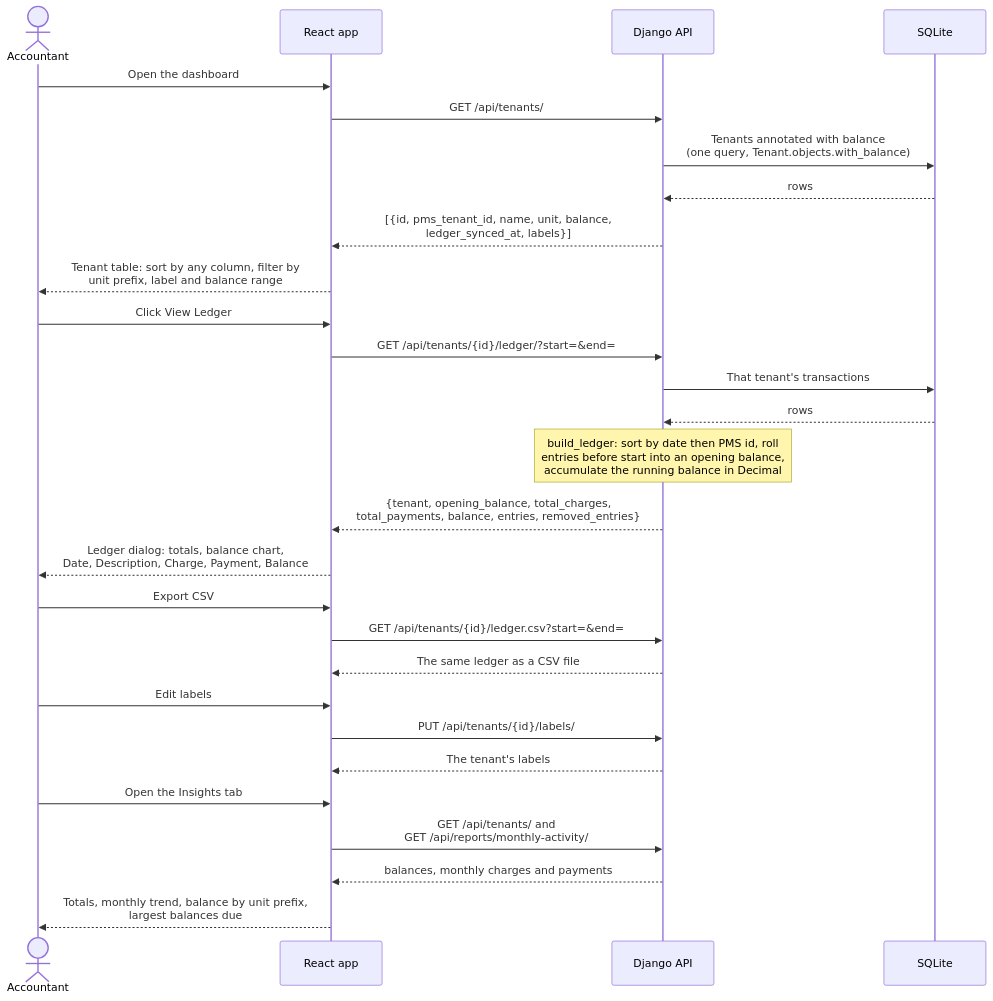
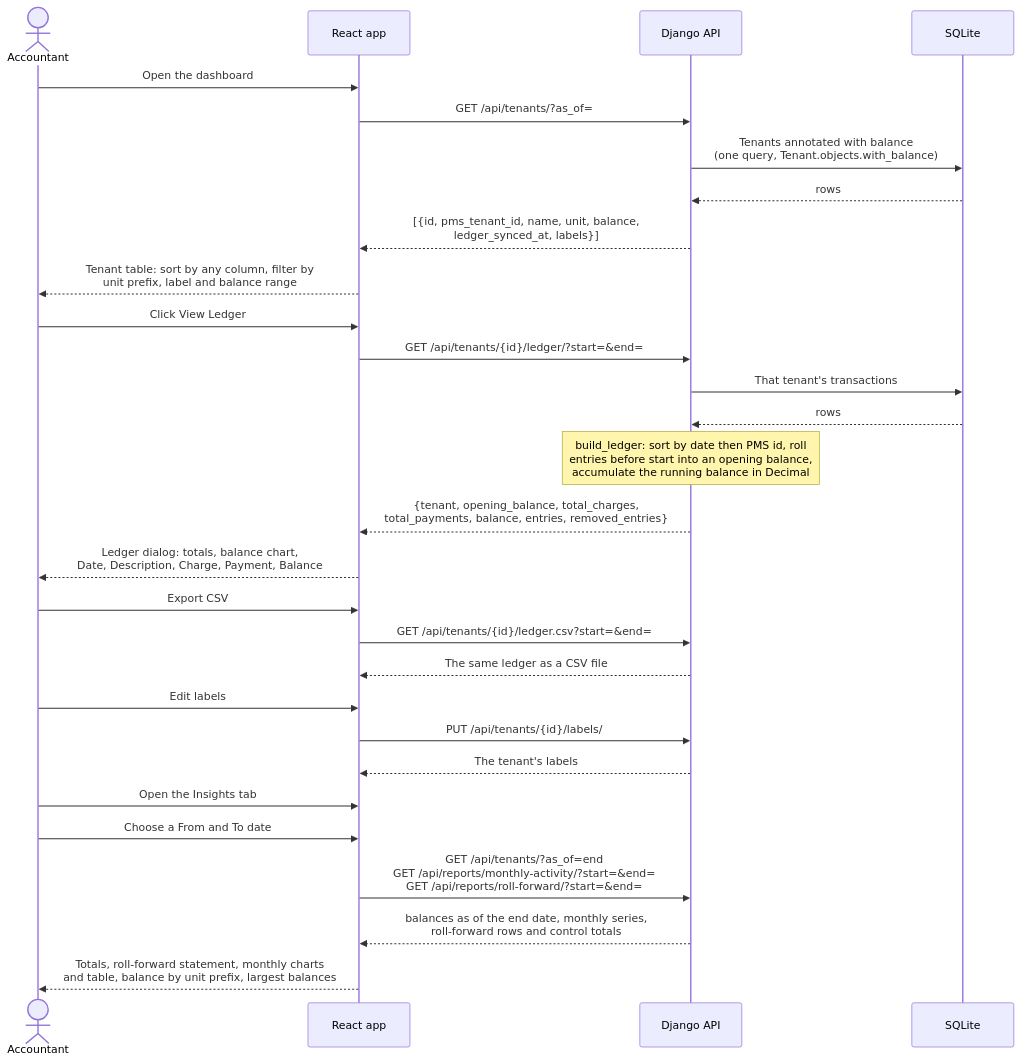
The second of 3 diagrams in docs/flow.md (codybanksdev/rentable-code-challenge), drawn with Mermaid before and after one commit. The commit also changed other lines of this file and 22 other files, not shown here.

First line of the commit message:
Add the roll-forward statement, as-of balances and a date range on Insights

````diff
--- a/docs/flow.md
+++ b/docs/flow.md
@@ -50,35 +48,36 @@
 ```mermaid
 sequenceDiagram
     actor U as Accountant
     participant R as React app
     participant D as Django API
     participant DB as SQLite
 
     U->>R: Open the dashboard
-    R->>D: GET /api/tenants/
+    R->>D: GET /api/tenants/?as_of=
     D->>DB: Tenants annotated with balance<br/>(one query, Tenant.objects.with_balance)
     DB-->>D: rows
     D-->>R: [{id, pms_tenant_id, name, unit, balance,<br/>ledger_synced_at, labels}]
     R-->>U: Tenant table: sort by any column, filter by<br/>unit prefix, label and balance range
 
     U->>R: Click View Ledger
     R->>D: GET /api/tenants/{id}/ledger/?start=&end=
     D->>DB: That tenant's transactions
     DB-->>D: rows
     Note over D: build_ledger: sort by date then PMS id, roll<br/>entries before start into an opening balance,<br/>accumulate the running balance in Decimal
     D-->>R: {tenant, opening_balance, total_charges,<br/>total_payments, balance, entries, removed_entries}
     R-->>U: Ledger dialog: totals, balance chart,<br/>Date, Description, Charge, Payment, Balance
 
     U->>R: Export CSV
     R->>D: GET /api/tenants/{id}/ledger.csv?start=&end=
     D-->>R: The same ledger as a CSV file
 
     U->>R: Edit labels
     R->>D: PUT /api/tenants/{id}/labels/
     D-->>R: The tenant's labels
 
     U->>R: Open the Insights tab
-    R->>D: GET /api/tenants/ and<br/>GET /api/reports/monthly-activity/
-    D-->>R: balances, monthly charges and payments
-    R-->>U: Totals, monthly trend, balance by unit prefix,<br/>largest balances due
+    U->>R: Choose a From and To date
+    R->>D: GET /api/tenants/?as_of=end<br/>GET /api/reports/monthly-activity/?start=&end=<br/>GET /api/reports/roll-forward/?start=&end=
+    D-->>R: balances as of the end date, monthly series,<br/>roll-forward rows and control totals
+    R-->>U: Totals, roll-forward statement, monthly charts<br/>and table, balance by unit prefix, largest balances
 ```
````
